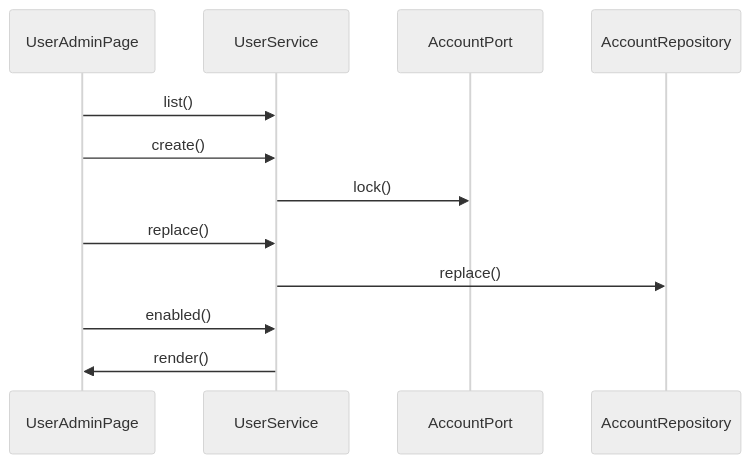
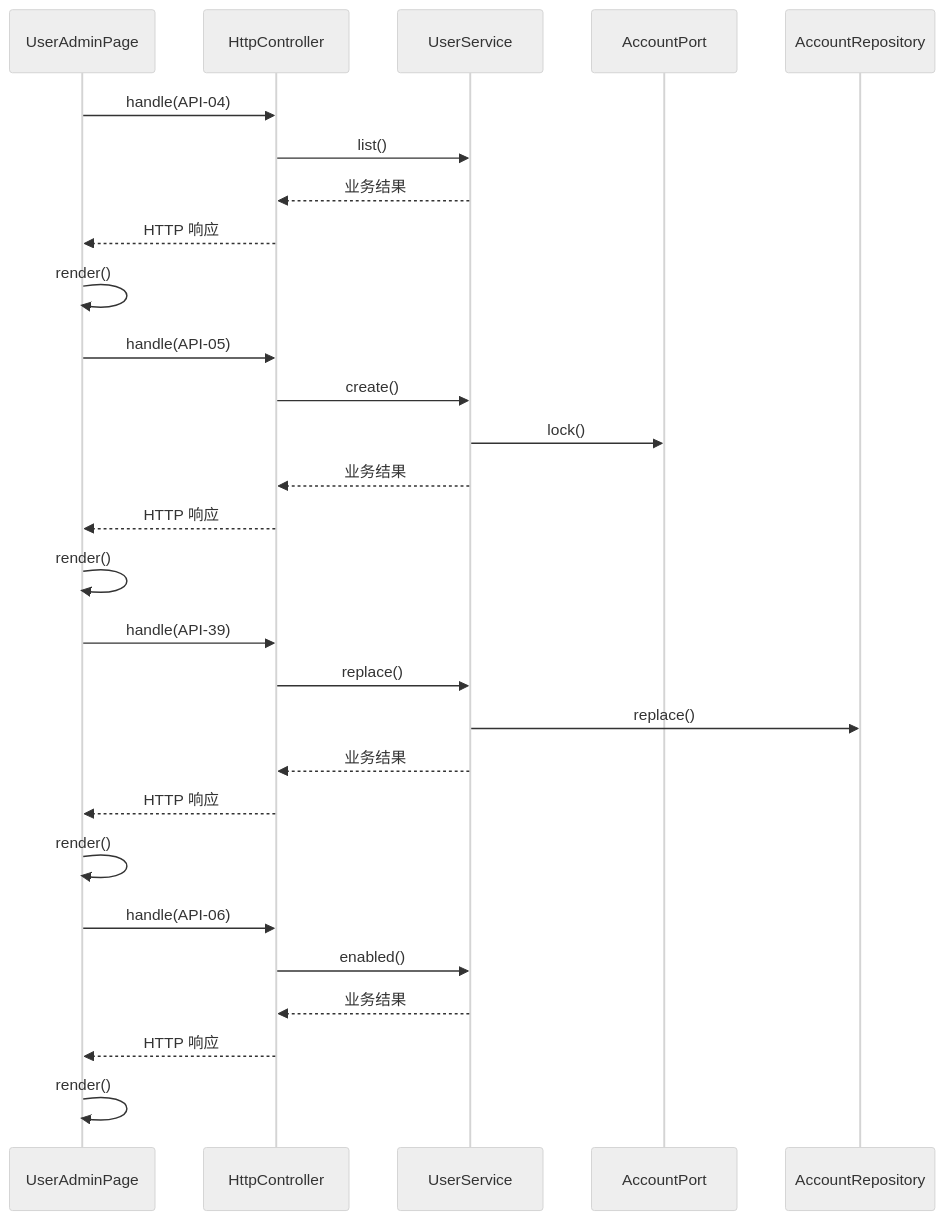
The seventh of 44 diagrams in docs/design/software-design-task4.md (Rito-492/campus-sched), drawn with Mermaid (neutral theme) before and after one commit. The commit also changed other lines of this file and 3 other files, not shown here.

Commit message:
docs: 修正任务4顺序图HTTP边界与页面调用方向

````diff
--- a/docs/design/software-design-task4.md
+++ b/docs/design/software-design-task4.md
@@ -1173,14 +1199,30 @@
 ```mermaid
 sequenceDiagram
  participant UserAdminPage
+ participant HttpController
  participant UserService
  participant AccountPort
  participant AccountRepository
- UserAdminPage->>UserService: list()
- UserAdminPage->>UserService: create()
+ UserAdminPage->>HttpController: handle(API-04)
+ HttpController->>UserService: list()
+ UserService-->>HttpController: 业务结果
+ HttpController-->>UserAdminPage: HTTP 响应
+ UserAdminPage->>UserAdminPage: render()
+ UserAdminPage->>HttpController: handle(API-05)
+ HttpController->>UserService: create()
  UserService->>AccountPort: lock()
- UserAdminPage->>UserService: replace()
+ UserService-->>HttpController: 业务结果
+ HttpController-->>UserAdminPage: HTTP 响应
+ UserAdminPage->>UserAdminPage: render()
+ UserAdminPage->>HttpController: handle(API-39)
+ HttpController->>UserService: replace()
  UserService->>AccountRepository: replace()
- UserAdminPage->>UserService: enabled()
- UserService->>UserAdminPage: render()
+ UserService-->>HttpController: 业务结果
+ HttpController-->>UserAdminPage: HTTP 响应
+ UserAdminPage->>UserAdminPage: render()
+ UserAdminPage->>HttpController: handle(API-06)
+ HttpController->>UserService: enabled()
+ UserService-->>HttpController: 业务结果
+ HttpController-->>UserAdminPage: HTTP 响应
+ UserAdminPage->>UserAdminPage: render()
 ```
````
